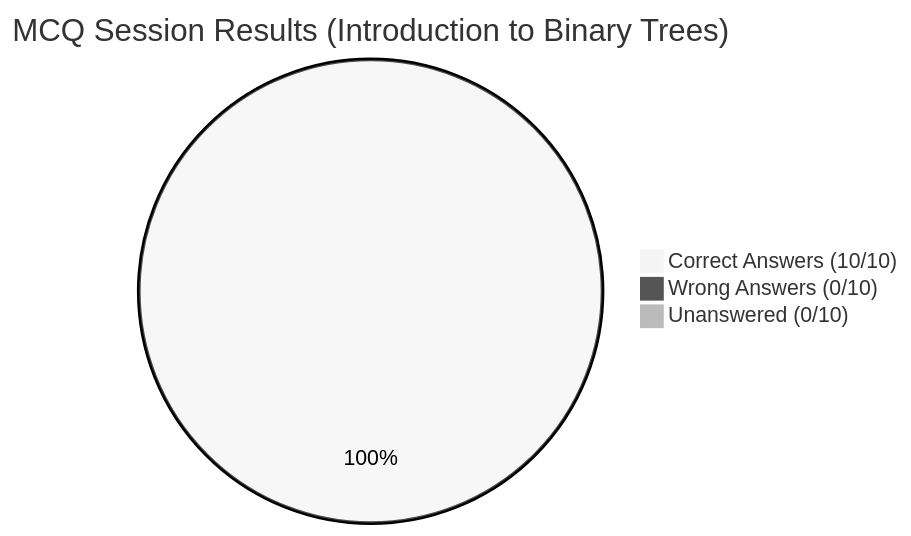
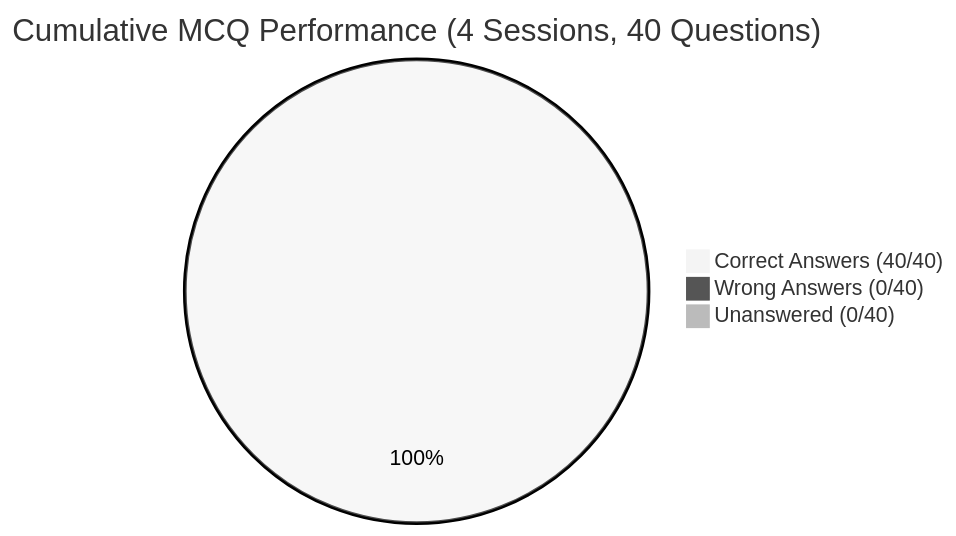
The first of 2 diagrams in docs/MCQ_PRACTICE_REPORT.md (ypatil2006-coder/ccbp-coding-practice-automation), drawn with Mermaid (neutral theme) before and after one commit. The commit also changed other lines of this file and 3 other files, not shown here.

Commit message:
feat: complete 4 MCQ practice sessions (40/40 correct), add screenshot and sync reports

````diff
--- a/docs/MCQ_PRACTICE_REPORT.md
+++ b/docs/MCQ_PRACTICE_REPORT.md
@@ -9,6 +9,6 @@
 ```mermaid
-pie title MCQ Session Results (Introduction to Binary Trees)
-    "Correct Answers (10/10)" : 10
-    "Wrong Answers (0/10)" : 0
-    "Unanswered (0/10)" : 0
+pie title Cumulative MCQ Performance (4 Sessions, 40 Questions)
+    "Correct Answers (40/40)" : 40
+    "Wrong Answers (0/40)" : 0
+    "Unanswered (0/40)" : 0
 ```
````
